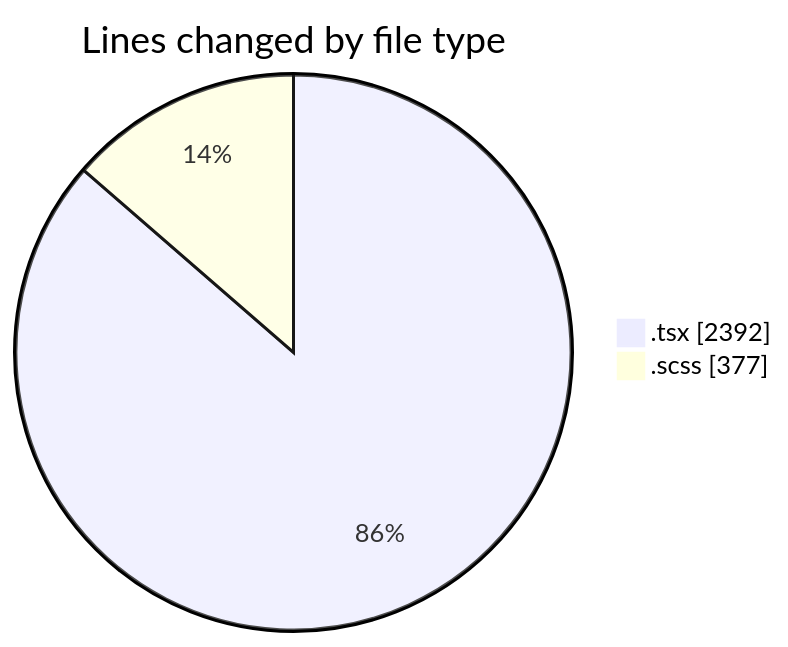
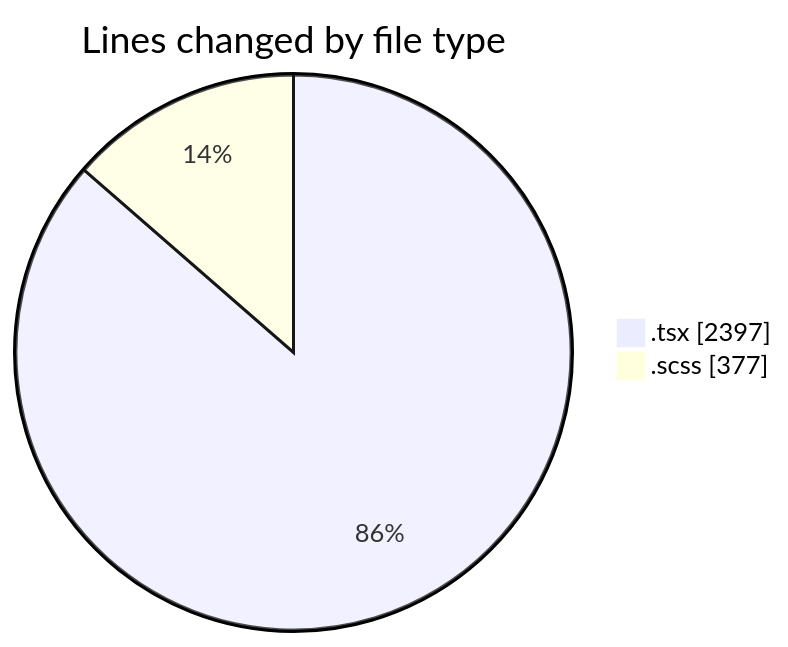
The first of 2 diagrams in 2025-09-30/cda/README.md (momahboobian/code-tracking), drawn with Mermaid before and after one commit. The commit also changed other lines of this file and 1 other file, not shown here.

````diff
--- a/2025-09-30/cda/README.md
+++ b/2025-09-30/cda/README.md
@@ -23,6 +23,6 @@
 ```mermaid
 pie showData
 title Lines changed by file type
-".tsx" : 2392
+".tsx" : 2397
 ".scss" : 377
 ```
````
